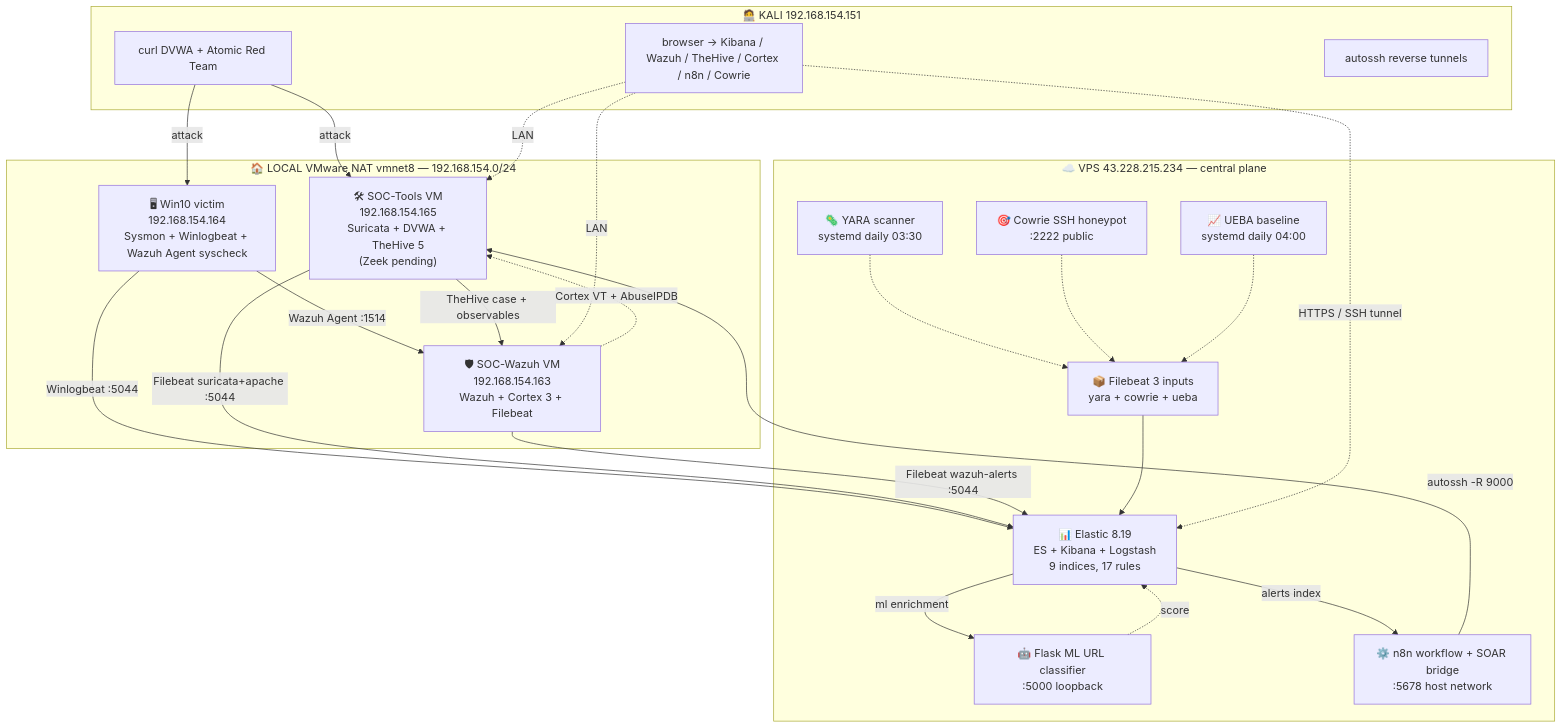
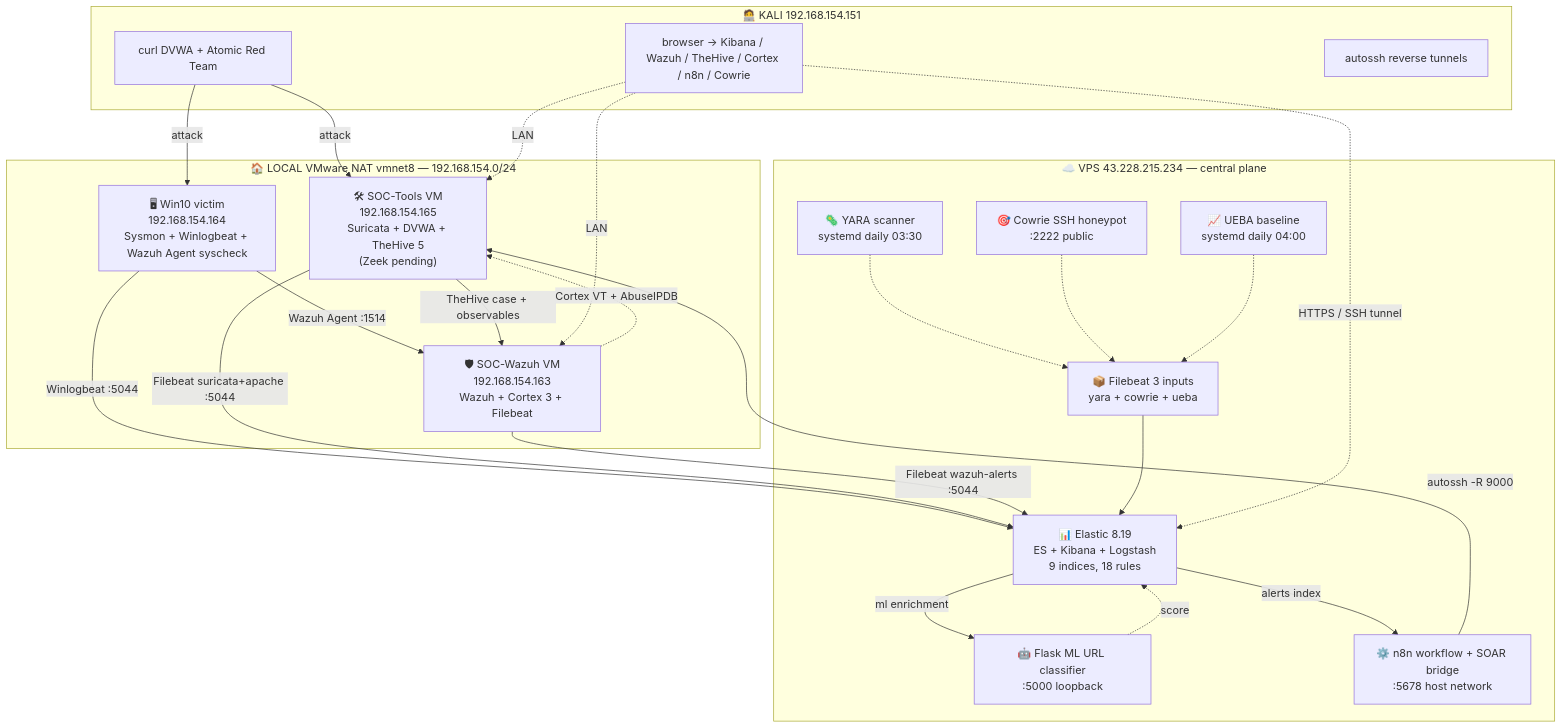
One commit to gnid31/vn-soc-lab changed the diagram in MASTER-GUIDE.md. Above: the diagram before and after it, drawn with Mermaid. The commit also changed other lines of this file, not shown here.

````diff
--- a/MASTER-GUIDE.md
+++ b/MASTER-GUIDE.md
@@ -52,44 +53,44 @@
 ```mermaid
 flowchart TB
     subgraph KALI["🧑‍💻 KALI 192.168.154.151"]
         ATK[curl DVWA + Atomic Red Team]
         BR[browser → Kibana / Wazuh / TheHive / Cortex / n8n / Cowrie]
         SSH[autossh reverse tunnels]
     end
 
     subgraph LAN["🏠 LOCAL VMware NAT vmnet8 — 192.168.154.0/24"]
         WIN["🖥 Win10 victim<br/>192.168.154.164<br/>Sysmon + Winlogbeat + Wazuh Agent syscheck"]
         ST["🛠 SOC-Tools VM<br/>192.168.154.165<br/>Suricata + DVWA + TheHive 5<br/>(Zeek pending)"]
         SW["🛡 SOC-Wazuh VM<br/>192.168.154.163<br/>Wazuh + Cortex 3 + Filebeat"]
     end
 
     subgraph VPS["☁️ VPS 43.228.215.234 — central plane"]
-        ELK["📊 Elastic 8.19<br/>ES + Kibana + Logstash<br/>9 indices, 17 rules"]
+        ELK["📊 Elastic 8.19<br/>ES + Kibana + Logstash<br/>9 indices, 18 rules"]
         ML["🤖 Flask ML URL classifier<br/>:5000 loopback"]
         N8N["⚙️ n8n workflow + SOAR bridge<br/>:5678 host network"]
         YARA["🦠 YARA scanner<br/>systemd daily 03:30"]
         UEBA["📈 UEBA baseline<br/>systemd daily 04:00"]
         COWRIE["🎯 Cowrie SSH honeypot<br/>:2222 public"]
         FBEAT["📦 Filebeat 3 inputs<br/>yara + cowrie + ueba"]
     end
 
     ATK -->|attack| ST
     ATK -->|attack| WIN
     WIN -->|Winlogbeat :5044| ELK
     WIN -->|Wazuh Agent :1514| SW
     ST -->|Filebeat suricata+apache :5044| ELK
     SW -->|Filebeat wazuh-alerts :5044| ELK
     ELK -->|ml enrichment| ML
     ML -.->|score| ELK
     ELK -->|alerts index| N8N
     N8N -->|autossh -R 9000| ST
     ST -->|TheHive case + observables| SW
     SW -.->|Cortex VT + AbuseIPDB| ST
     YARA -.-> FBEAT
     COWRIE -.-> FBEAT
     UEBA -.-> FBEAT
     FBEAT --> ELK
     BR -.->|HTTPS / SSH tunnel| ELK
     BR -.->|LAN| SW
     BR -.->|LAN| ST
 ```
````
